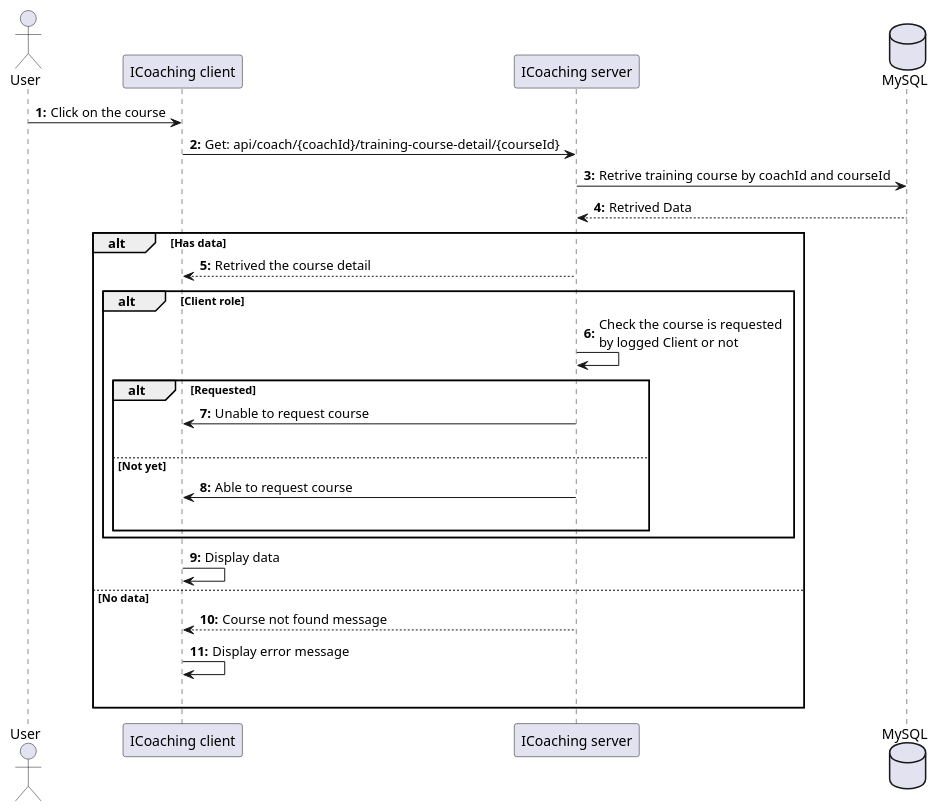
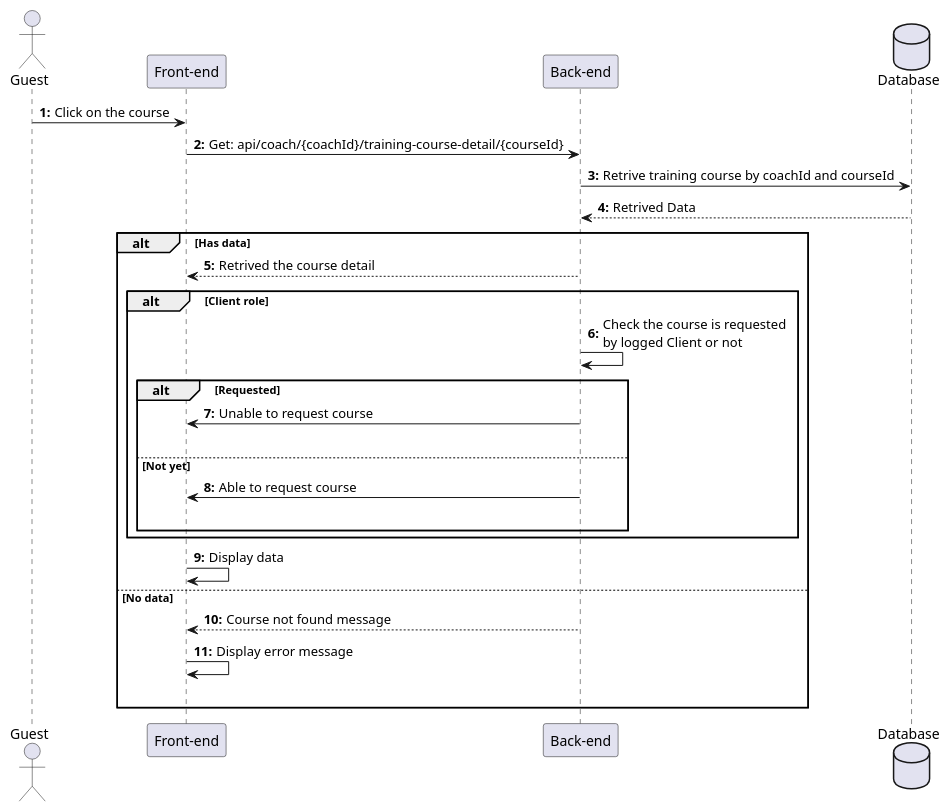
Before and after one commit to HTPhong-276/iCoaching-Diagrams: the diagram in Sequences_diagrams/ViewTrainingCourseDetail.pu, drawn with PlantUML. The commit also changed 25 other files, not shown here.

```diff
--- a/Sequences_diagrams/ViewTrainingCourseDetail.pu
+++ b/Sequences_diagrams/ViewTrainingCourseDetail.pu
@@ -1,37 +1,37 @@
 @startuml ViewTraniningCourseDetail
 
-actor User as user
-participant "ICoaching client" as client
-participant "ICoaching server" as server 
-database "MySQL" as db
+actor Guest as user
+participant "Front-end" as client
+participant "Back-end" as server 
+database "Database" as db
 
 autonumber "<b>0:"
 
 user -> client : Click on the course 
 client -> server : Get: api/coach/{coachId}/training-course-detail/{courseId}
 server -> db : Retrive training course by coachId and courseId
 db --> server : Retrived Data
 
 alt Has data
     server --> client : Retrived the course detail
 
     alt Client role
         server -> server : Check the course is requested\nby logged Client or not
 
         alt Requested
             server -> client : Unable to request course
             |||
         else Not yet
             server -> client : Able to request course
             |||
         end
     end
 
     client -> client : Display data
 
 else No data
     server --> client : Course not found message
     client -> client : Display error message 
     |||
 end 
 @enduml
```
